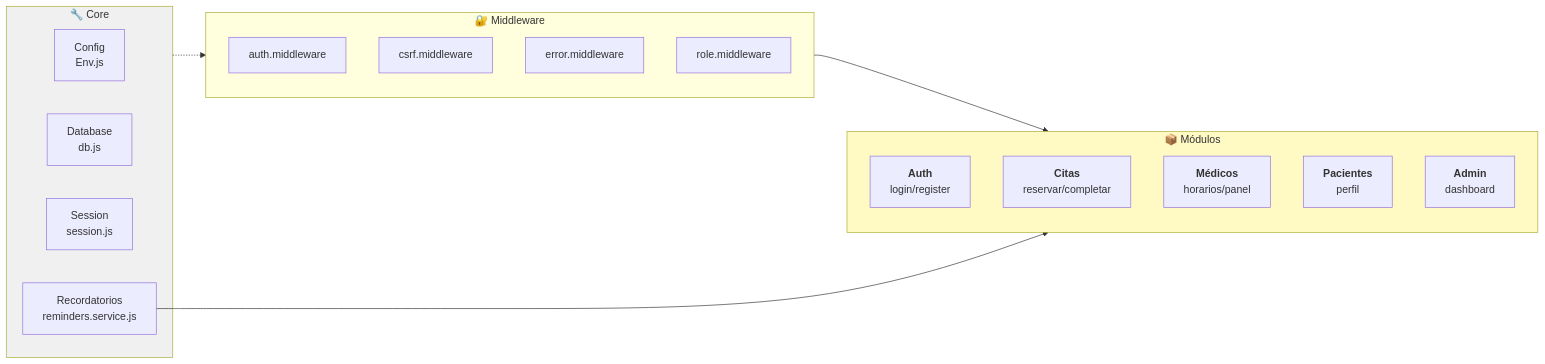
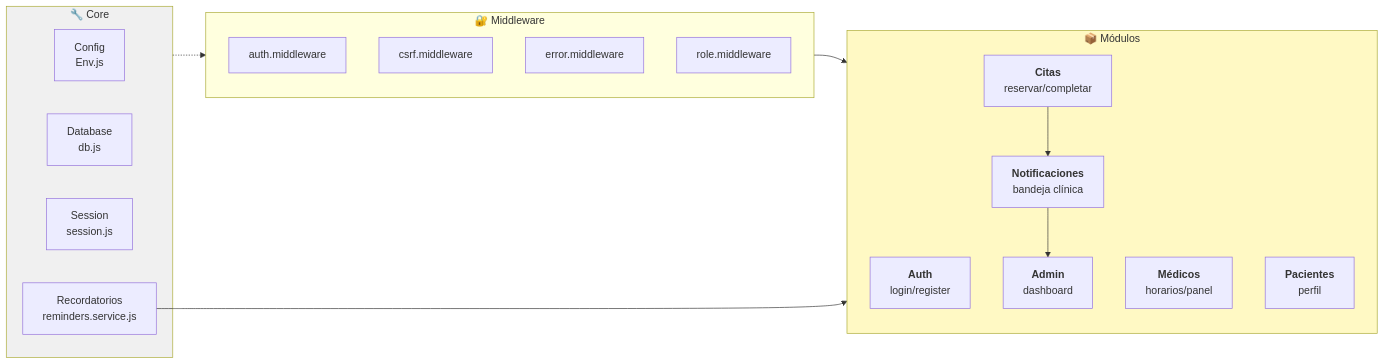
Before and after one commit to EdwardAR/CIS_II: the third of 7 diagrams in README.md, drawn with Mermaid. The commit also changed other lines of this file and 21 other files, not shown here.

````diff
--- a/README.md
+++ b/README.md
@@ -145,31 +148,34 @@
 ```mermaid
 graph LR
     subgraph Core["🔧 Core"]
         ENV["Config<br/>Env.js"]
         DB["Database<br/>db.js"]
         SESSION["Session<br/>session.js"]
         REM["Recordatorios<br/>reminders.service.js"]
     end
     
     subgraph Middleware["🔐 Middleware"]
         AUTH["auth.middleware"]
         CSRF["csrf.middleware"]
         ERROR["error.middleware"]
         ROLE["role.middleware"]
     end
     
     subgraph Modules["📦 Módulos"]
         AUTH_MOD["<b>Auth</b><br/>login/register"]
         CITAS["<b>Citas</b><br/>reservar/completar"]
+        NOTI["<b>Notificaciones</b><br/>bandeja clínica"]
         MEDICOS["<b>Médicos</b><br/>horarios/panel"]
         PACIENTES["<b>Pacientes</b><br/>perfil"]
         ADMIN["<b>Admin</b><br/>dashboard"]
     end
     
     Core -.-> Middleware
     Middleware --> Modules
     REM --> Modules
+    CITAS --> NOTI
+    NOTI --> ADMIN
     
     style Core fill:#f0f0f0
     style Modules fill:#fff9c4
 ```
````
